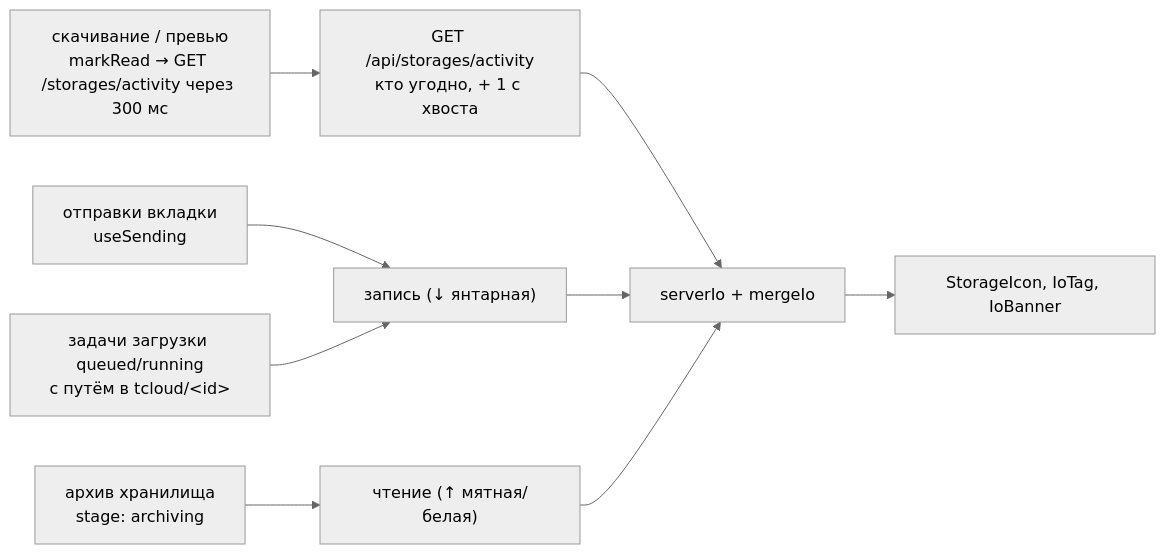
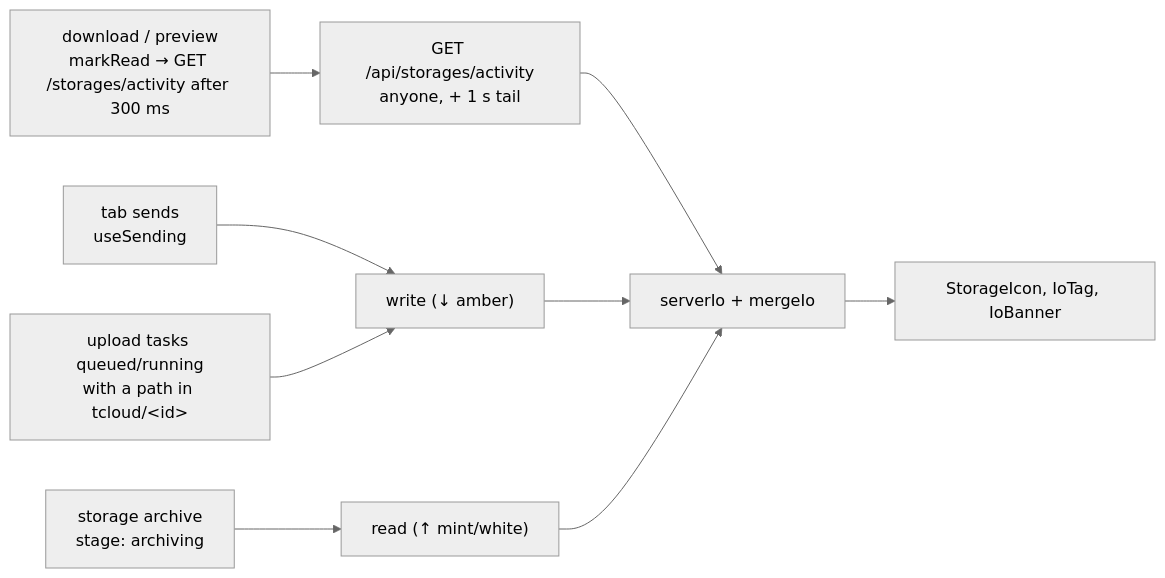
Before and after one commit to NikitkaZXC/tcloud-frontend: the diagram in docs/ui.md, drawn with Mermaid (neutral theme). The commit also changed other lines of this file and 8 other files, not shown here.

````diff
--- a/docs/ui.md
+++ b/docs/ui.md
@@ -234,11 +247,11 @@
 ```mermaid
 flowchart LR
-    send["отправки вкладки<br/>useSending"] --> w["запись (↓ янтарная)"]
-    up["задачи загрузки queued/running<br/>с путём в tcloud/&lt;id&gt;"] --> w
-    arch["архив хранилища<br/>stage: archiving"] --> r["чтение (↑ мятная/белая)"]
-    dl["скачивание / превью<br/>markRead → GET /storages/activity через 300 мс"] --> srv
-    srv["GET /api/storages/activity<br/>кто угодно, + 1 с хвоста"] --> merge["serverIo + mergeIo"]
+    send["tab sends<br/>useSending"] --> w["write (↓ amber)"]
+    up["upload tasks queued/running<br/>with a path in tcloud/&lt;id&gt;"] --> w
+    arch["storage archive<br/>stage: archiving"] --> r["read (↑ mint/white)"]
+    dl["download / preview<br/>markRead → GET /storages/activity after 300 ms"] --> srv
+    srv["GET /api/storages/activity<br/>anyone, + 1 s tail"] --> merge["serverIo + mergeIo"]
     w --> merge
     r --> merge
     merge --> lamp["StorageIcon, IoTag, IoBanner"]
 ```
````
